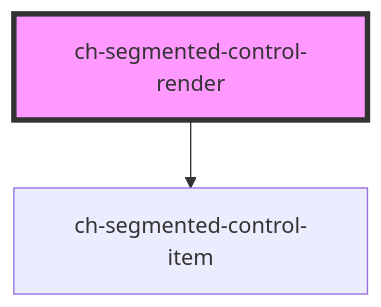
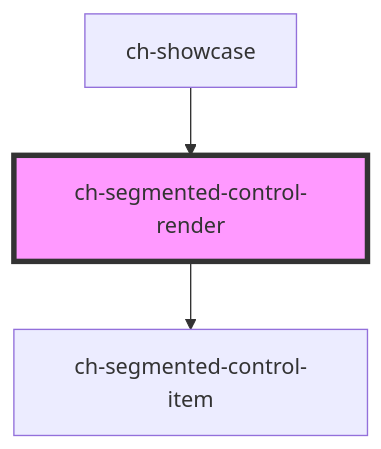
One commit to genexuslabs/chameleon-controls-library changed the diagram in src/components/segmented-control/readme.md. Above: the diagram before and after it, drawn with Mermaid. The commit also changed other lines of this file and 4 other files, not shown here.

````diff
--- a/src/components/segmented-control/readme.md
+++ b/src/components/segmented-control/readme.md
@@ -36,5 +40,6 @@
 ```mermaid
 graph TD;
   ch-segmented-control-render --> ch-segmented-control-item
+  ch-showcase --> ch-segmented-control-render
   style ch-segmented-control-render fill:#f9f,stroke:#333,stroke-width:4px
 ```
````
